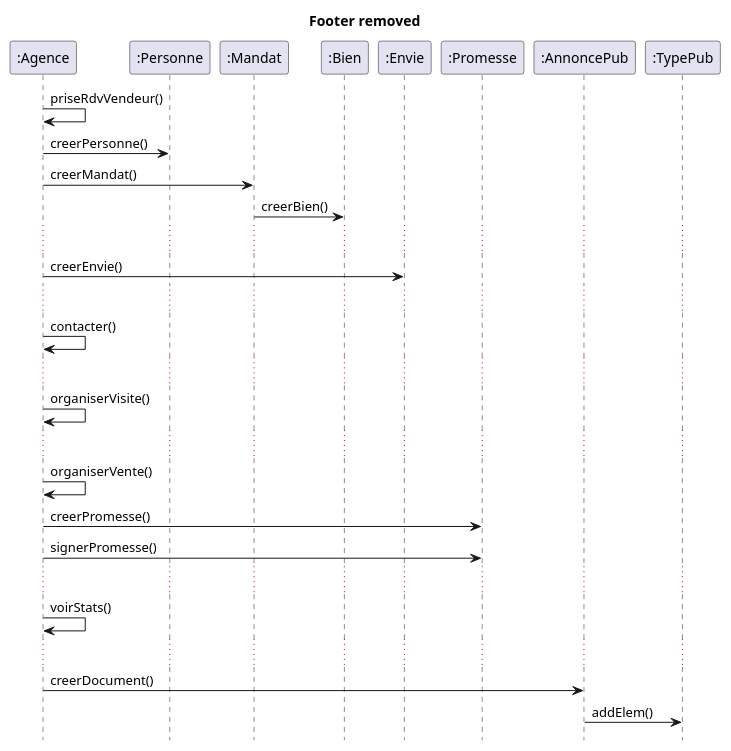
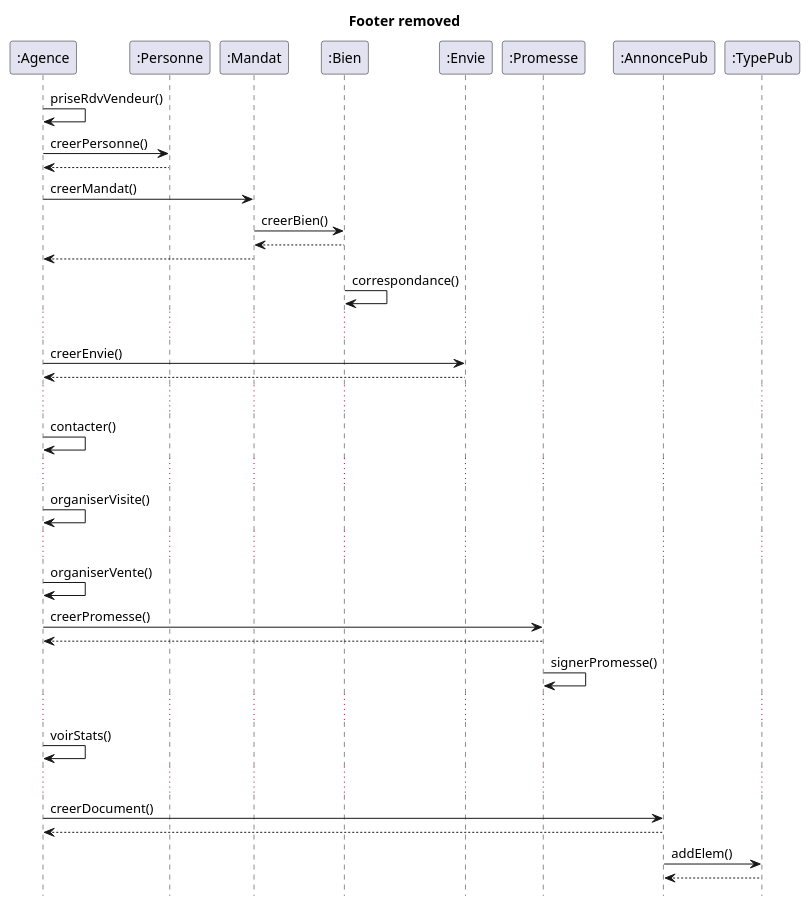
The diagram in DOC/UML/diagSequence.plantuml (DenisGuiraudet/MIASHS_UML_PTUT), drawn with PlantUML before and after one commit. The commit also changed 2 other files, not shown here.

Commit message:
UML : seq + useCase

```diff
--- a/DOC/UML/diagSequence.plantuml
+++ b/DOC/UML/diagSequence.plantuml
@@ -2,47 +2,55 @@
 @startuml
 
 hide footbox
 title Footer removed
 
 participant ":Agence" As A
 participant ":Personne" As Per
 participant ":Mandat" As M
 participant ":Bien" As B
 participant ":Envie" As E
 participant ":Promesse" As Pro
 participant ":AnnoncePub" As AP
 participant ":TypePub" As TP
 
 A -> A : priseRdvVendeur()
 A -> Per : creerPersonne()
+Per --> A :
 A -> M : creerMandat()
 M -> B : creerBien()
+B --> M :
+M --> A :
+B -> B : correspondance()
 
 ...
 
 A -> E : creerEnvie()
+E --> A :
 
 ...
 
 A -> A : contacter()
 
 ...
 
 A -> A : organiserVisite()
 
 ...
 
 A -> A : organiserVente()
 A -> Pro : creerPromesse()
-A -> Pro : signerPromesse()
+Pro --> A :
+Pro -> Pro : signerPromesse()
 
 ...
 
 A -> A : voirStats()
 
 ...
 
 A -> AP : creerDocument()
+AP --> A :
 AP -> TP : addElem()
+TP --> AP :
 
 @enduml
```
